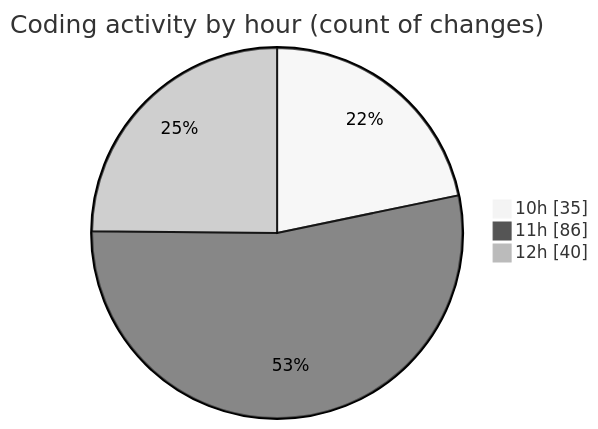
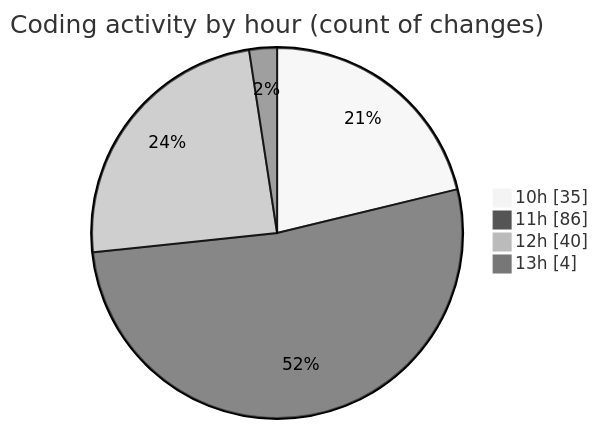
The second of 2 diagrams in 2025-03-28/cda/README.md (momahboobian/code-tracking), drawn with Mermaid (neutral theme) before and after one commit. The commit also changed other lines of this file and 1 other file, not shown here.

````diff
--- a/2025-03-28/cda/README.md
+++ b/2025-03-28/cda/README.md
@@ -32,7 +32,8 @@
 ```mermaid
 pie showData
 title Coding activity by hour (count of changes)
 "10h" : 35
 "11h" : 86
 "12h" : 40
+"13h" : 4
 ```
````
